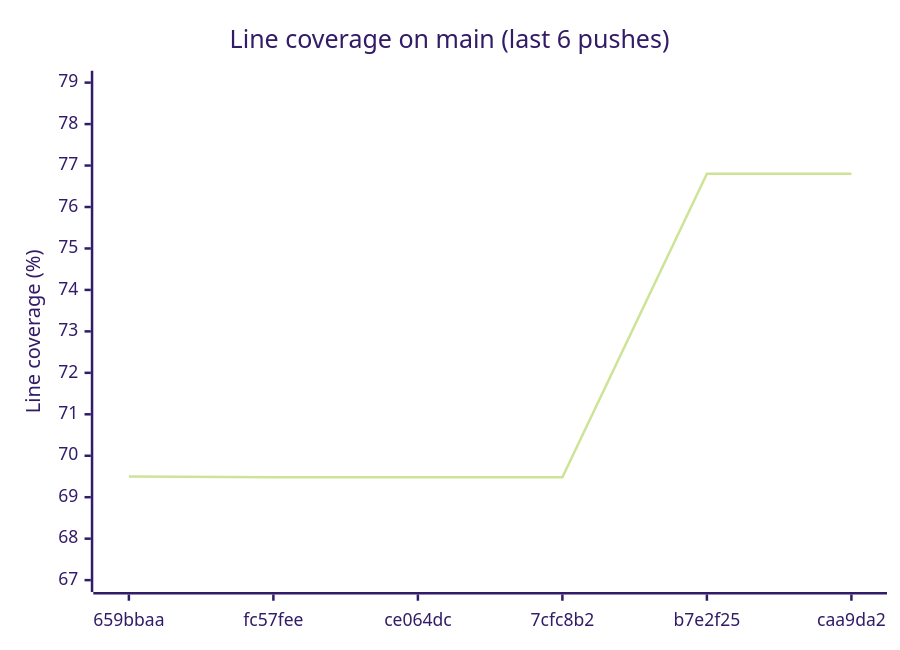
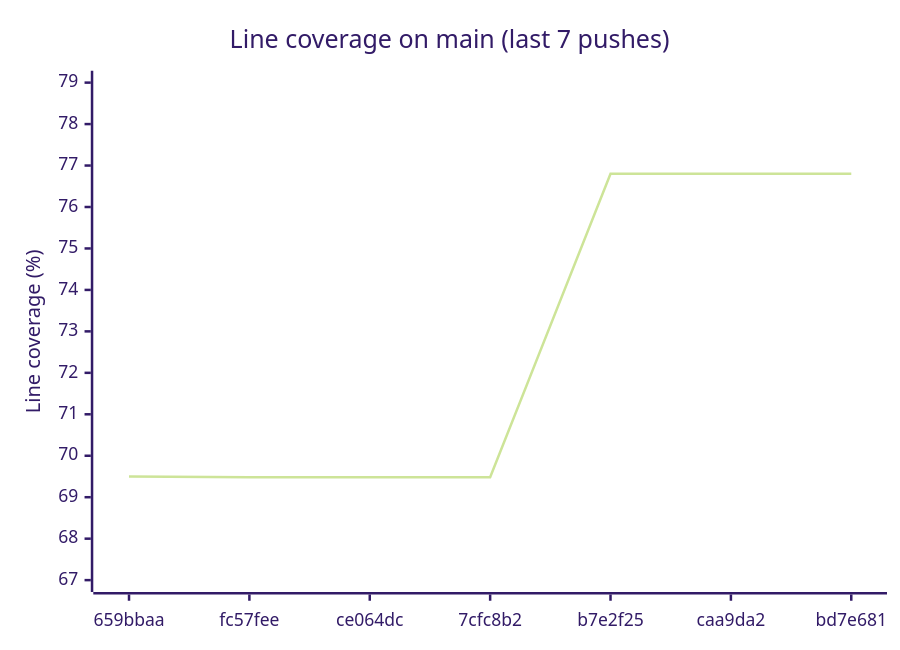
Before and after one commit to enaweg/godot-epluginframework: the diagram in README.md, drawn with Mermaid (forest theme). The commit also changed other lines of this file and 2 other files, not shown here.

Commit message:
chore: record coverage of bd7e681

````diff
--- a/README.md
+++ b/README.md
@@ -9,7 +9,7 @@
 ```mermaid
 xychart-beta
-    title "Line coverage on main (last 6 pushes)"
-    x-axis ["659bbaa", "fc57fee", "ce064dc", "7cfc8b2", "b7e2f25", "caa9da2"]
+    title "Line coverage on main (last 7 pushes)"
+    x-axis ["659bbaa", "fc57fee", "ce064dc", "7cfc8b2", "b7e2f25", "caa9da2", "bd7e681"]
     y-axis "Line coverage (%)" 67 --> 79
-    line [69.50, 69.48, 69.48, 69.48, 76.80, 76.80]
+    line [69.50, 69.48, 69.48, 69.48, 76.80, 76.80, 76.80]
 ```
````
